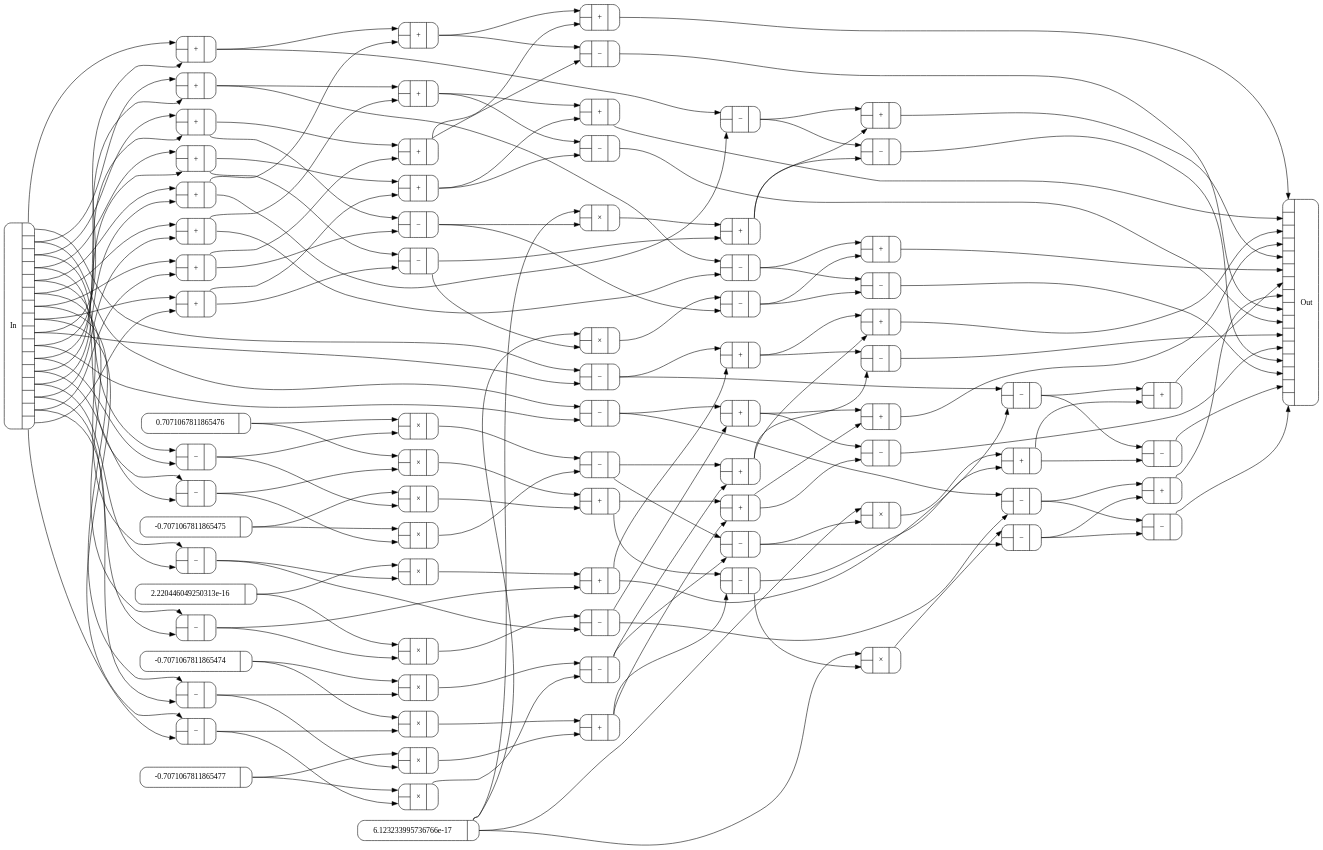
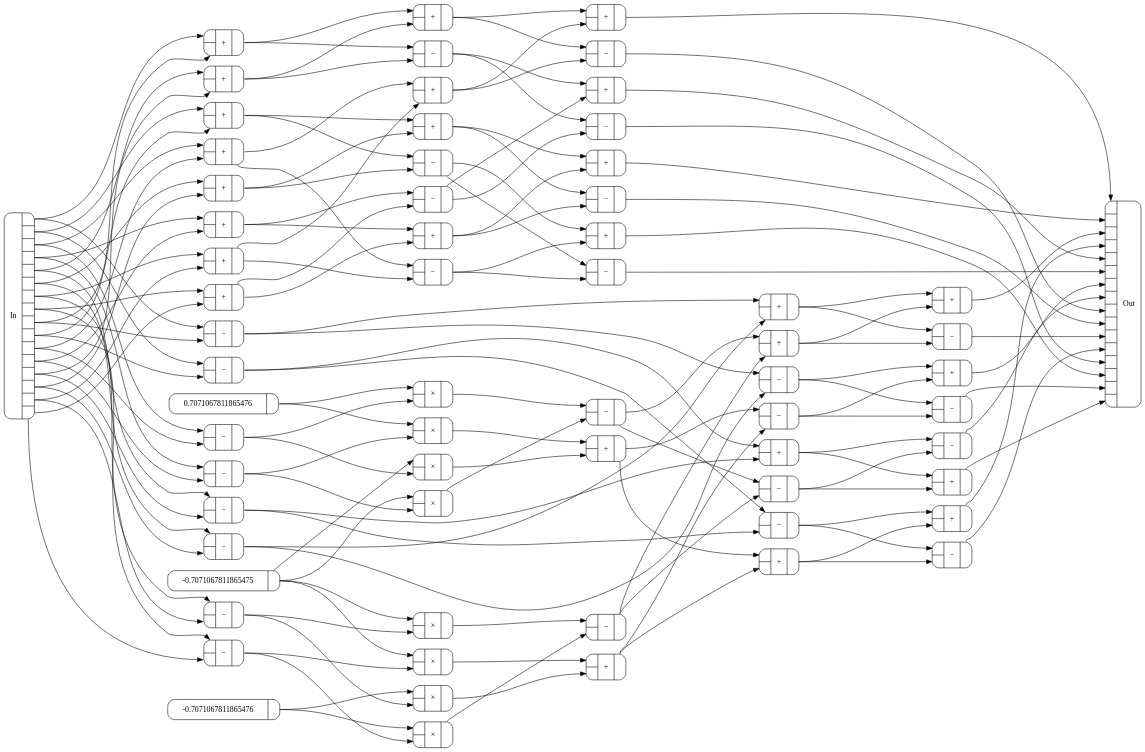
The diagram in Figures/circuits/fft-rb3.dot (conal/talk-2016-generic-fft), drawn with Graphviz before and after one commit. The commit also changed 18 other files, not shown here.

```diff
--- a/Figures/circuits/fft-rb3.dot
+++ b/Figures/circuits/fft-rb3.dot
@@ -3,7 +3,7 @@
   node [shape=Mrecord];
   bgcolor=transparent;
   nslimit=20;
-  ranksep="2.5";
+  ranksep="3.3";
   c0 [label="{{<In0>|<In1>}|+|{<Out0>}}"];
   c1 [label="{{<In0>|<In1>}|+|{<Out0>}}"];
   c2 [label="{{<In0>|<In1>}|+|{<Out0>}}"];
@@ -30,220 +30,181 @@
   c23 [label="{{<In0>|<In1>}|+|{<Out0>}}"];
   c24 [label="{{<In0>|<In1>}|+|{<Out0>}}"];
   c25 [label="{{<In0>|<In1>}|+|{<Out0>}}"];
-  c26 [label="{{<In0>|<In1>}|+|{<Out0>}}"];
-  c27 [label="{{<In0>|<In1>}|+|{<Out0>}}"];
-  c28 [label="{{<In0>|<In1>}|+|{<Out0>}}"];
-  c31 [label="{-0.7071067811865474|{<Out0>}}"];
-  c32 [label="{-0.7071067811865475|{<Out0>}}"];
-  c34 [label="{-0.7071067811865477|{<Out0>}}"];
-  c48 [label="{0.7071067811865476|{<Out0>}}"];
-  c56 [label="{2.220446049250313e-16|{<Out0>}}"];
-  c62 [label="{6.123233995736766e-17|{<Out0>}}"];
-  c65 [label="{In|{<Out0>|<Out1>|<Out2>|<Out3>|<Out4>|<Out5>|<Out6>|<Out7>|<Out8>|<Out9>|<Out10>|<Out11>|<Out12>|<Out13>|<Out14>|<Out15>}}"];
-  c66 [label="{{<In0>|<In1>|<In2>|<In3>|<In4>|<In5>|<In6>|<In7>|<In8>|<In9>|<In10>|<In11>|<In12>|<In13>|<In14>|<In15>}|Out}"];
-  c73 [label="{{<In0>|<In1>}|\×|{<Out0>}}"];
-  c74 [label="{{<In0>|<In1>}|\×|{<Out0>}}"];
-  c75 [label="{{<In0>|<In1>}|\×|{<Out0>}}"];
-  c76 [label="{{<In0>|<In1>}|\×|{<Out0>}}"];
-  c77 [label="{{<In0>|<In1>}|\×|{<Out0>}}"];
-  c78 [label="{{<In0>|<In1>}|\×|{<Out0>}}"];
-  c79 [label="{{<In0>|<In1>}|\×|{<Out0>}}"];
-  c80 [label="{{<In0>|<In1>}|\×|{<Out0>}}"];
-  c81 [label="{{<In0>|<In1>}|\×|{<Out0>}}"];
-  c82 [label="{{<In0>|<In1>}|\×|{<Out0>}}"];
-  c83 [label="{{<In0>|<In1>}|\×|{<Out0>}}"];
-  c84 [label="{{<In0>|<In1>}|\×|{<Out0>}}"];
-  c85 [label="{{<In0>|<In1>}|\×|{<Out0>}}"];
-  c86 [label="{{<In0>|<In1>}|\×|{<Out0>}}"];
+  c27 [label="{-0.7071067811865475|{<Out0>}}"];
+  c28 [label="{-0.7071067811865476|{<Out0>}}"];
+  c37 [label="{0.7071067811865476|{<Out0>}}"];
+  c46 [label="{In|{<Out0>|<Out1>|<Out2>|<Out3>|<Out4>|<Out5>|<Out6>|<Out7>|<Out8>|<Out9>|<Out10>|<Out11>|<Out12>|<Out13>|<Out14>|<Out15>}}"];
+  c47 [label="{{<In0>|<In1>|<In2>|<In3>|<In4>|<In5>|<In6>|<In7>|<In8>|<In9>|<In10>|<In11>|<In12>|<In13>|<In14>|<In15>}|Out}"];
+  c54 [label="{{<In0>|<In1>}|\×|{<Out0>}}"];
+  c55 [label="{{<In0>|<In1>}|\×|{<Out0>}}"];
+  c56 [label="{{<In0>|<In1>}|\×|{<Out0>}}"];
+  c57 [label="{{<In0>|<In1>}|\×|{<Out0>}}"];
+  c58 [label="{{<In0>|<In1>}|\×|{<Out0>}}"];
+  c59 [label="{{<In0>|<In1>}|\×|{<Out0>}}"];
+  c60 [label="{{<In0>|<In1>}|\×|{<Out0>}}"];
+  c61 [label="{{<In0>|<In1>}|\×|{<Out0>}}"];
+  c62 [label="{{<In0>|<In1>}|\−|{<Out0>}}"];
+  c63 [label="{{<In0>|<In1>}|\−|{<Out0>}}"];
+  c64 [label="{{<In0>|<In1>}|\−|{<Out0>}}"];
+  c65 [label="{{<In0>|<In1>}|\−|{<Out0>}}"];
+  c66 [label="{{<In0>|<In1>}|\−|{<Out0>}}"];
+  c67 [label="{{<In0>|<In1>}|\−|{<Out0>}}"];
+  c68 [label="{{<In0>|<In1>}|\−|{<Out0>}}"];
+  c69 [label="{{<In0>|<In1>}|\−|{<Out0>}}"];
+  c70 [label="{{<In0>|<In1>}|\−|{<Out0>}}"];
+  c71 [label="{{<In0>|<In1>}|\−|{<Out0>}}"];
+  c72 [label="{{<In0>|<In1>}|\−|{<Out0>}}"];
+  c73 [label="{{<In0>|<In1>}|\−|{<Out0>}}"];
+  c74 [label="{{<In0>|<In1>}|\−|{<Out0>}}"];
+  c75 [label="{{<In0>|<In1>}|\−|{<Out0>}}"];
+  c76 [label="{{<In0>|<In1>}|\−|{<Out0>}}"];
+  c77 [label="{{<In0>|<In1>}|\−|{<Out0>}}"];
+  c78 [label="{{<In0>|<In1>}|\−|{<Out0>}}"];
+  c79 [label="{{<In0>|<In1>}|\−|{<Out0>}}"];
+  c80 [label="{{<In0>|<In1>}|\−|{<Out0>}}"];
+  c81 [label="{{<In0>|<In1>}|\−|{<Out0>}}"];
+  c82 [label="{{<In0>|<In1>}|\−|{<Out0>}}"];
+  c83 [label="{{<In0>|<In1>}|\−|{<Out0>}}"];
+  c84 [label="{{<In0>|<In1>}|\−|{<Out0>}}"];
+  c85 [label="{{<In0>|<In1>}|\−|{<Out0>}}"];
+  c86 [label="{{<In0>|<In1>}|\−|{<Out0>}}"];
   c87 [label="{{<In0>|<In1>}|\−|{<Out0>}}"];
-  c88 [label="{{<In0>|<In1>}|\−|{<Out0>}}"];
-  c89 [label="{{<In0>|<In1>}|\−|{<Out0>}}"];
-  c90 [label="{{<In0>|<In1>}|\−|{<Out0>}}"];
-  c91 [label="{{<In0>|<In1>}|\−|{<Out0>}}"];
-  c92 [label="{{<In0>|<In1>}|\−|{<Out0>}}"];
-  c93 [label="{{<In0>|<In1>}|\−|{<Out0>}}"];
-  c94 [label="{{<In0>|<In1>}|\−|{<Out0>}}"];
-  c95 [label="{{<In0>|<In1>}|\−|{<Out0>}}"];
-  c96 [label="{{<In0>|<In1>}|\−|{<Out0>}}"];
-  c97 [label="{{<In0>|<In1>}|\−|{<Out0>}}"];
-  c98 [label="{{<In0>|<In1>}|\−|{<Out0>}}"];
-  c99 [label="{{<In0>|<In1>}|\−|{<Out0>}}"];
-  c100 [label="{{<In0>|<In1>}|\−|{<Out0>}}"];
-  c101 [label="{{<In0>|<In1>}|\−|{<Out0>}}"];
-  c102 [label="{{<In0>|<In1>}|\−|{<Out0>}}"];
-  c103 [label="{{<In0>|<In1>}|\−|{<Out0>}}"];
-  c104 [label="{{<In0>|<In1>}|\−|{<Out0>}}"];
-  c105 [label="{{<In0>|<In1>}|\−|{<Out0>}}"];
-  c106 [label="{{<In0>|<In1>}|\−|{<Out0>}}"];
-  c107 [label="{{<In0>|<In1>}|\−|{<Out0>}}"];
-  c108 [label="{{<In0>|<In1>}|\−|{<Out0>}}"];
-  c109 [label="{{<In0>|<In1>}|\−|{<Out0>}}"];
-  c110 [label="{{<In0>|<In1>}|\−|{<Out0>}}"];
-  c111 [label="{{<In0>|<In1>}|\−|{<Out0>}}"];
-  c112 [label="{{<In0>|<In1>}|\−|{<Out0>}}"];
-  c113 [label="{{<In0>|<In1>}|\−|{<Out0>}}"];
-  c114 [label="{{<In0>|<In1>}|\−|{<Out0>}}"];
-  c115 [label="{{<In0>|<In1>}|\−|{<Out0>}}"];
-  c65:Out0 -> c0:In0
-  c65:Out8 -> c0:In1
-  c65:Out1 -> c1:In0
-  c65:Out9 -> c1:In1
-  c65:Out2 -> c2:In0
-  c65:Out10 -> c2:In1
-  c65:Out3 -> c3:In0
-  c65:Out11 -> c3:In1
-  c65:Out4 -> c4:In0
-  c65:Out12 -> c4:In1
-  c65:Out5 -> c5:In0
-  c65:Out13 -> c5:In1
-  c65:Out6 -> c6:In0
-  c65:Out14 -> c6:In1
-  c65:Out7 -> c7:In0
-  c65:Out15 -> c7:In1
-  c0:Out0 -> c8:In0
-  c4:Out0 -> c8:In1
-  c1:Out0 -> c9:In0
-  c5:Out0 -> c9:In1
-  c87:Out0 -> c10:In0
-  c17:Out0 -> c10:In1
-  c88:Out0 -> c11:In0
-  c104:Out0 -> c11:In1
-  c2:Out0 -> c12:In0
-  c6:Out0 -> c12:In1
-  c3:Out0 -> c13:In0
-  c7:Out0 -> c13:In1
-  c101:Out0 -> c14:In0
-  c105:Out0 -> c14:In1
-  c78:Out0 -> c15:In0
-  c79:Out0 -> c15:In1
-  c15:Out0 -> c16:In0
-  c18:Out0 -> c16:In1
-  c81:Out0 -> c17:In0
-  c92:Out0 -> c17:In1
-  c84:Out0 -> c18:In0
-  c85:Out0 -> c18:In1
-  c8:Out0 -> c19:In0
-  c12:Out0 -> c19:In1
-  c9:Out0 -> c20:In0
-  c13:Out0 -> c20:In1
-  c95:Out0 -> c21:In0
-  c23:Out0 -> c21:In1
-  c96:Out0 -> c22:In0
-  c110:Out0 -> c22:In1
-  c73:Out0 -> c23:In0
-  c100:Out0 -> c23:In1
-  c10:Out0 -> c24:In0
-  c14:Out0 -> c24:In1
-  c11:Out0 -> c25:In0
-  c16:Out0 -> c25:In1
-  c97:Out0 -> c26:In0
-  c28:Out0 -> c26:In1
-  c98:Out0 -> c27:In0
-  c115:Out0 -> c27:In1
-  c75:Out0 -> c28:In0
-  c103:Out0 -> c28:In1
-  c19:Out0 -> c66:In0
-  c20:Out0 -> c66:In1
-  c24:Out0 -> c66:In2
-  c25:Out0 -> c66:In3
-  c21:Out0 -> c66:In4
-  c22:Out0 -> c66:In5
-  c26:Out0 -> c66:In6
-  c27:Out0 -> c66:In7
-  c106:Out0 -> c66:In8
-  c107:Out0 -> c66:In9
-  c111:Out0 -> c66:In10
-  c112:Out0 -> c66:In11
-  c108:Out0 -> c66:In12
-  c109:Out0 -> c66:In13
-  c113:Out0 -> c66:In14
-  c114:Out0 -> c66:In15
-  c62:Out0 -> c73:In0
-  c99:Out0 -> c73:In1
-  c62:Out0 -> c74:In0
-  c100:Out0 -> c74:In1
-  c62:Out0 -> c75:In0
-  c102:Out0 -> c75:In1
-  c62:Out0 -> c76:In0
-  c103:Out0 -> c76:In1
-  c48:Out0 -> c77:In0
-  c89:Out0 -> c77:In1
-  c48:Out0 -> c78:In0
-  c90:Out0 -> c78:In1
-  c32:Out0 -> c79:In0
-  c89:Out0 -> c79:In1
-  c32:Out0 -> c80:In0
-  c90:Out0 -> c80:In1
-  c56:Out0 -> c81:In0
-  c91:Out0 -> c81:In1
-  c56:Out0 -> c82:In0
-  c92:Out0 -> c82:In1
-  c31:Out0 -> c83:In0
-  c93:Out0 -> c83:In1
-  c31:Out0 -> c84:In0
-  c94:Out0 -> c84:In1
-  c34:Out0 -> c85:In0
-  c93:Out0 -> c85:In1
-  c34:Out0 -> c86:In0
-  c94:Out0 -> c86:In1
-  c65:Out0 -> c87:In0
-  c65:Out8 -> c87:In1
-  c65:Out1 -> c88:In0
-  c65:Out9 -> c88:In1
-  c65:Out2 -> c89:In0
-  c65:Out10 -> c89:In1
-  c65:Out3 -> c90:In0
-  c65:Out11 -> c90:In1
-  c65:Out4 -> c91:In0
-  c65:Out12 -> c91:In1
-  c65:Out5 -> c92:In0
-  c65:Out13 -> c92:In1
-  c65:Out6 -> c93:In0
-  c65:Out14 -> c93:In1
-  c65:Out7 -> c94:In0
-  c65:Out15 -> c94:In1
-  c0:Out0 -> c95:In0
-  c4:Out0 -> c95:In1
-  c1:Out0 -> c96:In0
-  c5:Out0 -> c96:In1
-  c87:Out0 -> c97:In0
-  c17:Out0 -> c97:In1
-  c88:Out0 -> c98:In0
-  c104:Out0 -> c98:In1
-  c2:Out0 -> c99:In0
-  c6:Out0 -> c99:In1
-  c3:Out0 -> c100:In0
-  c7:Out0 -> c100:In1
-  c77:Out0 -> c101:In0
-  c80:Out0 -> c101:In1
-  c101:Out0 -> c102:In0
-  c105:Out0 -> c102:In1
-  c15:Out0 -> c103:In0
-  c18:Out0 -> c103:In1
-  c82:Out0 -> c104:In0
-  c91:Out0 -> c104:In1
-  c83:Out0 -> c105:In0
-  c86:Out0 -> c105:In1
-  c8:Out0 -> c106:In0
-  c12:Out0 -> c106:In1
-  c9:Out0 -> c107:In0
-  c13:Out0 -> c107:In1
-  c95:Out0 -> c108:In0
-  c23:Out0 -> c108:In1
-  c96:Out0 -> c109:In0
-  c110:Out0 -> c109:In1
-  c74:Out0 -> c110:In0
-  c99:Out0 -> c110:In1
-  c10:Out0 -> c111:In0
-  c14:Out0 -> c111:In1
-  c11:Out0 -> c112:In0
-  c16:Out0 -> c112:In1
-  c97:Out0 -> c113:In0
-  c28:Out0 -> c113:In1
-  c98:Out0 -> c114:In0
-  c115:Out0 -> c114:In1
-  c76:Out0 -> c115:In0
-  c102:Out0 -> c115:In1
+  c46:Out0 -> c0:In0 [];
+  c46:Out8 -> c0:In1 [];
+  c46:Out1 -> c1:In0 [];
+  c46:Out9 -> c1:In1 [];
+  c46:Out2 -> c2:In0 [];
+  c46:Out10 -> c2:In1 [];
+  c46:Out3 -> c3:In0 [];
+  c46:Out11 -> c3:In1 [];
+  c46:Out4 -> c4:In0 [];
+  c46:Out12 -> c4:In1 [];
+  c46:Out5 -> c5:In0 [];
+  c46:Out13 -> c5:In1 [];
+  c46:Out6 -> c6:In0 [];
+  c46:Out14 -> c6:In1 [];
+  c46:Out7 -> c7:In0 [];
+  c46:Out15 -> c7:In1 [];
+  c0:Out0 -> c8:In0 [];
+  c4:Out0 -> c8:In1 [];
+  c1:Out0 -> c9:In0 [];
+  c5:Out0 -> c9:In1 [];
+  c62:Out0 -> c10:In0 [];
+  c67:Out0 -> c10:In1 [];
+  c63:Out0 -> c11:In0 [];
+  c66:Out0 -> c11:In1 [];
+  c2:Out0 -> c12:In0 [];
+  c6:Out0 -> c12:In1 [];
+  c3:Out0 -> c13:In0 [];
+  c7:Out0 -> c13:In1 [];
+  c76:Out0 -> c14:In0 [];
+  c79:Out0 -> c14:In1 [];
+  c55:Out0 -> c15:In0 [];
+  c56:Out0 -> c15:In1 [];
+  c15:Out0 -> c16:In0 [];
+  c17:Out0 -> c16:In1 [];
+  c59:Out0 -> c17:In0 [];
+  c60:Out0 -> c17:In1 [];
+  c8:Out0 -> c18:In0 [];
+  c12:Out0 -> c18:In1 [];
+  c9:Out0 -> c19:In0 [];
+  c13:Out0 -> c19:In1 [];
+  c70:Out0 -> c20:In0 [];
+  c75:Out0 -> c20:In1 [];
+  c71:Out0 -> c21:In0 [];
+  c74:Out0 -> c21:In1 [];
+  c10:Out0 -> c22:In0 [];
+  c14:Out0 -> c22:In1 [];
+  c73:Out0 -> c23:In0 [];
+  c16:Out0 -> c23:In1 [];
+  c72:Out0 -> c24:In0 [];
+  c78:Out0 -> c24:In1 [];
+  c11:Out0 -> c25:In0 [];
+  c77:Out0 -> c25:In1 [];
+  c18:Out0 -> c47:In0 [];
+  c19:Out0 -> c47:In1 [];
+  c22:Out0 -> c47:In2 [];
+  c23:Out0 -> c47:In3 [];
+  c20:Out0 -> c47:In4 [];
+  c83:Out0 -> c47:In5 [];
+  c24:Out0 -> c47:In6 [];
+  c87:Out0 -> c47:In7 [];
+  c80:Out0 -> c47:In8 [];
+  c81:Out0 -> c47:In9 [];
+  c84:Out0 -> c47:In10 [];
+  c85:Out0 -> c47:In11 [];
+  c82:Out0 -> c47:In12 [];
+  c21:Out0 -> c47:In13 [];
+  c86:Out0 -> c47:In14 [];
+  c25:Out0 -> c47:In15 [];
+  c37:Out0 -> c54:In0 [];
+  c64:Out0 -> c54:In1 [];
+  c37:Out0 -> c55:In0 [];
+  c65:Out0 -> c55:In1 [];
+  c27:Out0 -> c56:In0 [];
+  c64:Out0 -> c56:In1 [];
+  c27:Out0 -> c57:In0 [];
+  c65:Out0 -> c57:In1 [];
+  c27:Out0 -> c58:In0 [];
+  c68:Out0 -> c58:In1 [];
+  c27:Out0 -> c59:In0 [];
+  c69:Out0 -> c59:In1 [];
+  c28:Out0 -> c60:In0 [];
+  c68:Out0 -> c60:In1 [];
+  c28:Out0 -> c61:In0 [];
+  c69:Out0 -> c61:In1 [];
+  c46:Out0 -> c62:In0 [];
+  c46:Out8 -> c62:In1 [];
+  c46:Out1 -> c63:In0 [];
+  c46:Out9 -> c63:In1 [];
+  c46:Out2 -> c64:In0 [];
+  c46:Out10 -> c64:In1 [];
+  c46:Out3 -> c65:In0 [];
+  c46:Out11 -> c65:In1 [];
+  c46:Out4 -> c66:In0 [];
+  c46:Out12 -> c66:In1 [];
+  c46:Out5 -> c67:In0 [];
+  c46:Out13 -> c67:In1 [];
+  c46:Out6 -> c68:In0 [];
+  c46:Out14 -> c68:In1 [];
+  c46:Out7 -> c69:In0 [];
+  c46:Out15 -> c69:In1 [];
+  c0:Out0 -> c70:In0 [];
+  c4:Out0 -> c70:In1 [];
+  c1:Out0 -> c71:In0 [];
+  c5:Out0 -> c71:In1 [];
+  c62:Out0 -> c72:In0 [];
+  c67:Out0 -> c72:In1 [];
+  c63:Out0 -> c73:In0 [];
+  c66:Out0 -> c73:In1 [];
+  c2:Out0 -> c74:In0 [];
+  c6:Out0 -> c74:In1 [];
+  c3:Out0 -> c75:In0 [];
+  c7:Out0 -> c75:In1 [];
+  c54:Out0 -> c76:In0 [];
+  c57:Out0 -> c76:In1 [];
+  c76:Out0 -> c77:In0 [];
+  c79:Out0 -> c77:In1 [];
+  c15:Out0 -> c78:In0 [];
+  c17:Out0 -> c78:In1 [];
+  c58:Out0 -> c79:In0 [];
+  c61:Out0 -> c79:In1 [];
+  c8:Out0 -> c80:In0 [];
+  c12:Out0 -> c80:In1 [];
+  c9:Out0 -> c81:In0 [];
+  c13:Out0 -> c81:In1 [];
+  c70:Out0 -> c82:In0 [];
+  c75:Out0 -> c82:In1 [];
+  c71:Out0 -> c83:In0 [];
+  c74:Out0 -> c83:In1 [];
+  c10:Out0 -> c84:In0 [];
+  c14:Out0 -> c84:In1 [];
+  c73:Out0 -> c85:In0 [];
+  c16:Out0 -> c85:In1 [];
+  c72:Out0 -> c86:In0 [];
+  c78:Out0 -> c86:In1 [];
+  c11:Out0 -> c87:In0 [];
+  c77:Out0 -> c87:In1 [];
 }
 
-// fft-rb3 components: 29 +, 1 -0.7071067811865474, 1 -0.7071067811865475, 1 -0.7071067811865477, 1 0.7071067811865476, 1 2.220446049250313e-16, 1 6.123233995736766e-17, 14 ×, 29 −, 78 total. Max depth: 7.
+// fft-rb3 components: 26 +, 1 -0.7071067811865475, 1 -0.7071067811865476, 1 0.7071067811865476, 8 ×, 26 −, 63 total. Max depth: 5.
```
